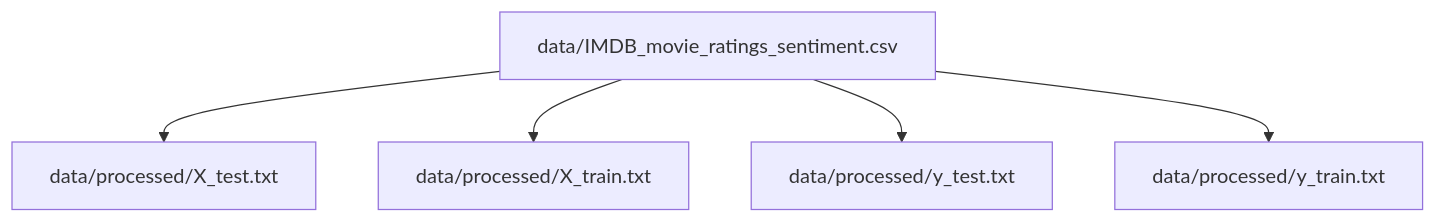
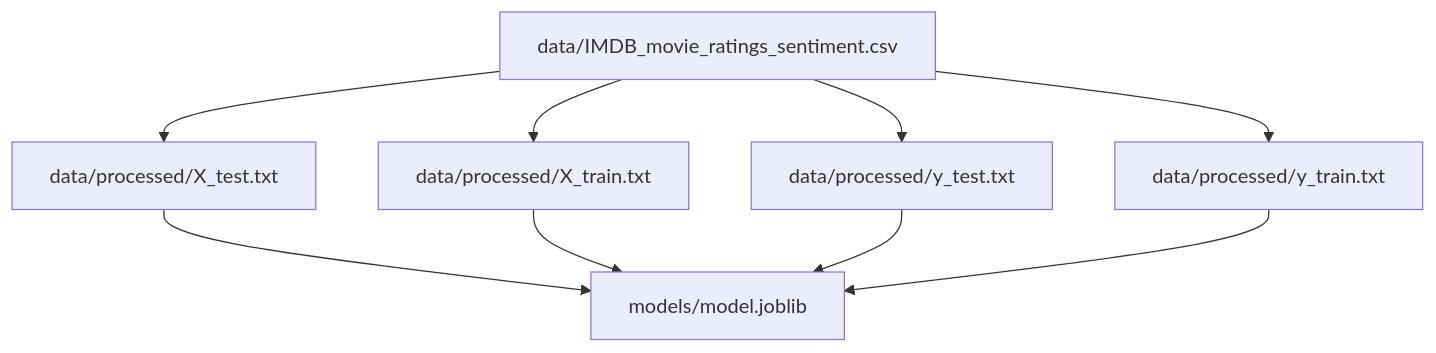
Before and after one commit to PacktPublishing/Open-Source-MLOps-with-DVC-and-CML: the diagram in README.md, drawn with Mermaid. The commit also changed 4 other files, not shown here.

````diff
--- a/README.md
+++ b/README.md
@@ -5,12 +5,17 @@
 ```mermaid
 flowchart TD
 	node1["data/IMDB_movie_ratings_sentiment.csv"]
 	node2["data/processed/X_test.txt"]
 	node3["data/processed/X_train.txt"]
 	node4["data/processed/y_test.txt"]
 	node5["data/processed/y_train.txt"]
+	node6["models/model.joblib"]
 	node1-->node2
 	node1-->node3
 	node1-->node4
 	node1-->node5
+	node2-->node6
+	node3-->node6
+	node4-->node6
+	node5-->node6
 ```
````
